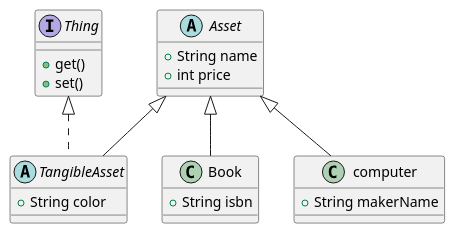
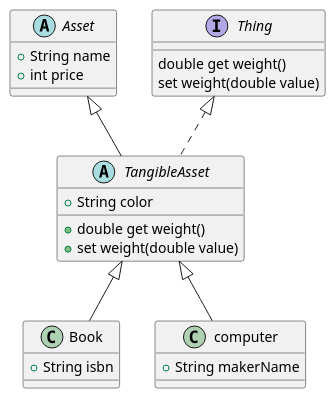
One commit to orm-camp-flutter-2ki/learn_dart_together changed the diagram in lib/24_03_13/asset_diagram.puml. Above: the diagram before and after it, drawn with PlantUML. The commit also changed 2 other files, not shown here.

Commit message:
Feat: Asset 클래스 최종 작성

```diff
--- a/lib/24_03_13/asset_diagram.puml
+++ b/lib/24_03_13/asset_diagram.puml
@@ -1,32 +1,34 @@
 @startuml Asset
 
 
 
 abstract class Asset{
     +String name
     +int price
 }
 
 interface Thing{
-     +get()
-     +set()
+     double get weight()
+     set weight(double value)
 }
 
 
 abstract class TangibleAsset extends Asset implements Thing{
     +String color
+   + double get weight()
+   + set weight(double value)
 }
-class Book extends Asset{
+class Book extends TangibleAsset{
 
     +String isbn
 }
 
-class computer extends Asset{
+class computer extends TangibleAsset{
 
     +String makerName
 }
 
 
 
 
 @enduml
```
